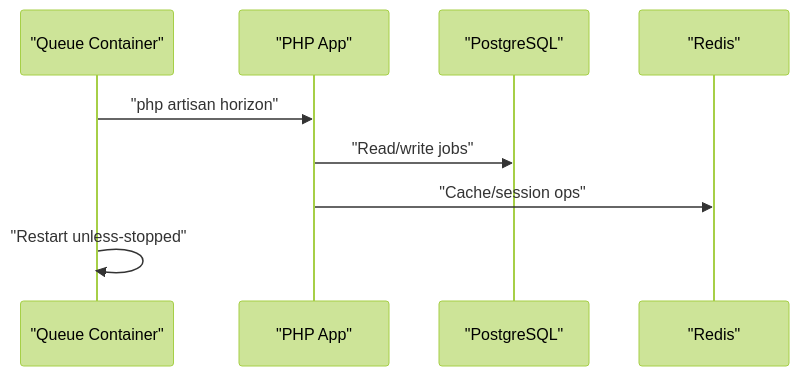
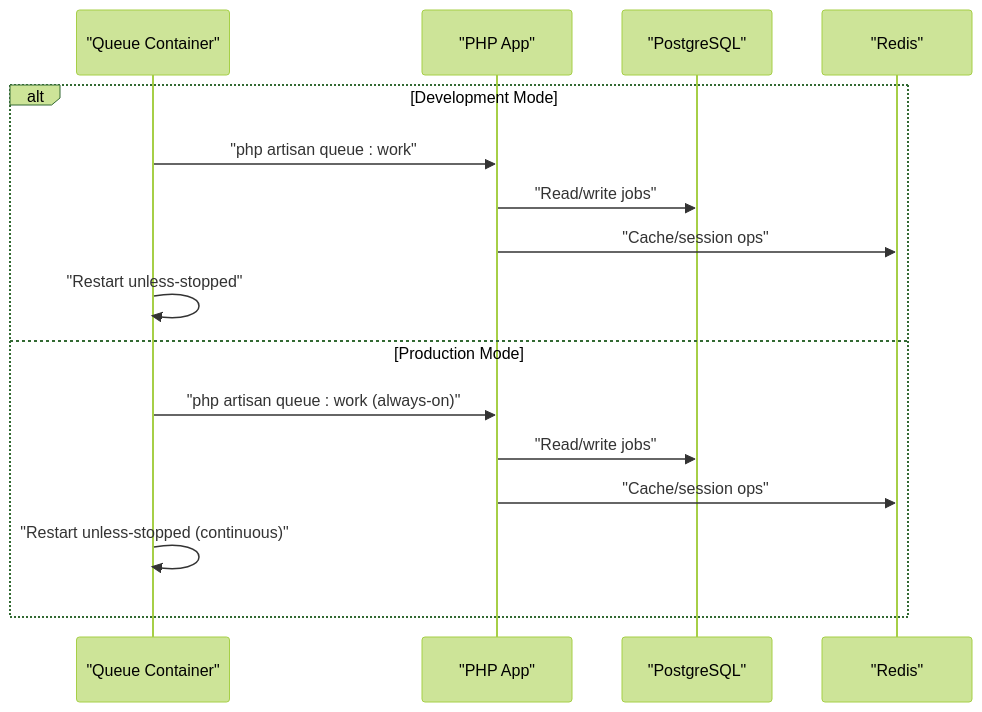
One commit to FCS-WP/website_portal changed the eighth of 10 diagrams in .qoder/repowiki/en/content/Deployment & Operations/Docker Deployment.md. Above: the diagram before and after it, drawn with Mermaid (forest theme). The commit also changed other lines of this file and 30 other files, not shown here.

````diff
--- a/.qoder/repowiki/en/content/Deployment & Operations/Docker Deployment.md
+++ b/.qoder/repowiki/en/content/Deployment & Operations/Docker Deployment.md
@@ -285,11 +353,18 @@
 ```mermaid
 sequenceDiagram
 participant Q as "Queue Container"
 participant APP as "PHP App"
 participant DB as "PostgreSQL"
 participant R as "Redis"
-Q->>APP : "php artisan horizon"
+alt Development Mode
+Q->>APP : "php artisan queue : work"
 APP->>DB : "Read/write jobs"
 APP->>R : "Cache/session ops"
 Q->>Q : "Restart unless-stopped"
+else Production Mode
+Q->>APP : "php artisan queue : work (always-on)"
+APP->>DB : "Read/write jobs"
+APP->>R : "Cache/session ops"
+Q->>Q : "Restart unless-stopped (continuous)"
+end
 ```
````
